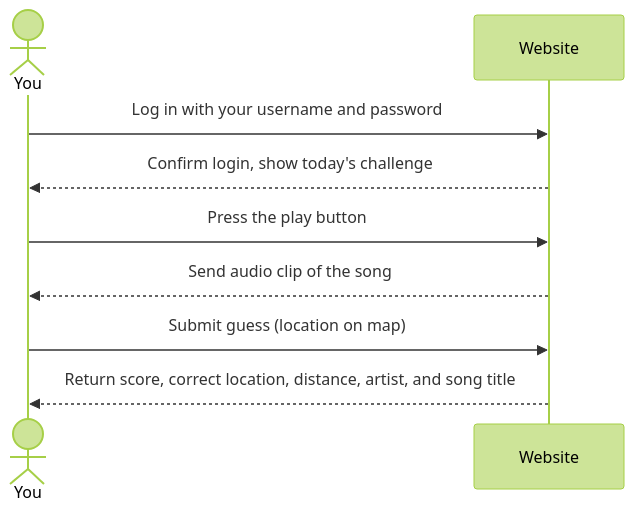
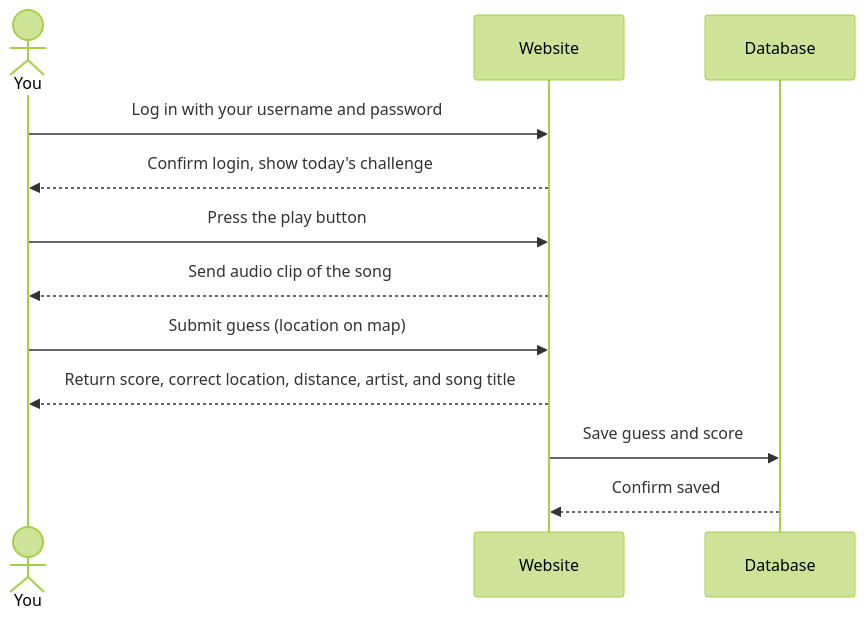
Before and after one commit to zoeylater/startup: the diagram in README.md, drawn with Mermaid (forest theme).

Commit message:
changing the mermaid designg

````diff
--- a/README.md
+++ b/README.md
@@ -34,14 +34,17 @@
 ```mermaid
 sequenceDiagram
     actor You
     participant Website
 
     You->>Website: Log in with your username and password
     Website-->>You: Confirm login, show today's challenge
 
     You->>Website: Press the play button
     Website-->>You: Send audio clip of the song
 
     You->>Website: Submit guess (location on map)
     Website-->>You: Return score, correct location, distance, artist, and song title
+
+    Website->>Database: Save guess and score
+    Database-->>Website: Confirm saved
 ```
````
